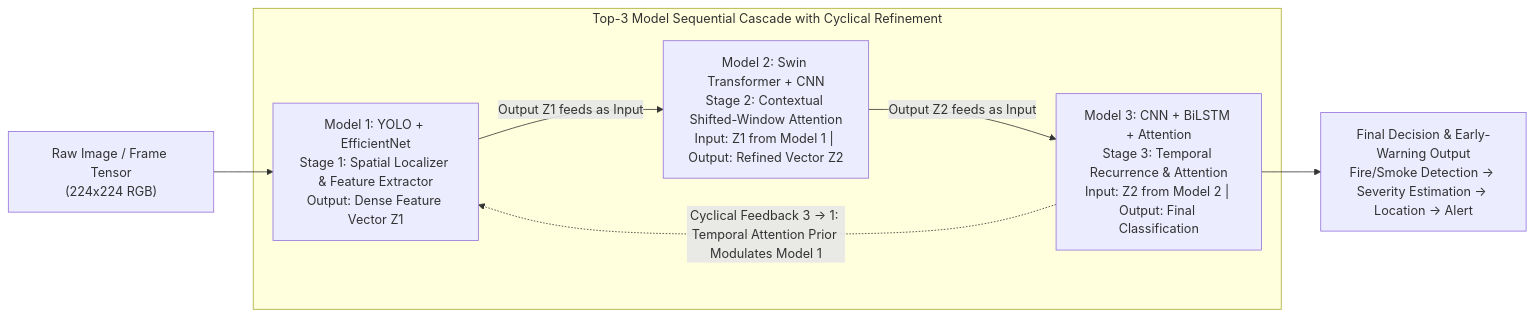
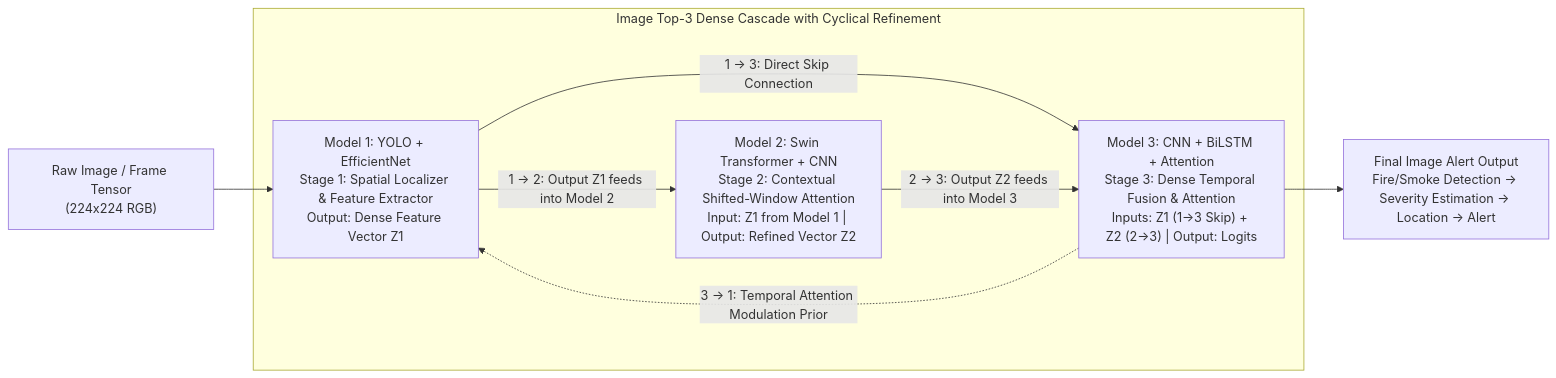
One commit to ssreeakash-cpu/AI-Hackathon changed the second of 4 diagrams in README.md. Above: the diagram before and after it, drawn with Mermaid. The commit also changed other lines of this file and 5 other files, not shown here.

Commit message:
Implement 5-model evaluation and dense Top-3 cascade (1->2, 1->3, 2->3, 1->2->3) for both Image and CSV with rigorous zero-leakage splits

````diff
--- a/README.md
+++ b/README.md
@@ -96,16 +98,17 @@
 ```mermaid
 graph LR
     IMG["Raw Image / Frame Tensor<br/>(224x224 RGB)"] --> M1
 
-    subgraph CASCADE["Top-3 Model Sequential Cascade with Cyclical Refinement"]
+    subgraph CASCADE["Image Top-3 Dense Cascade with Cyclical Refinement"]
         M1["Model 1: YOLO + EfficientNet<br/>Stage 1: Spatial Localizer & Feature Extractor<br/>Output: Dense Feature Vector Z1"]
         M2["Model 2: Swin Transformer + CNN<br/>Stage 2: Contextual Shifted-Window Attention<br/>Input: Z1 from Model 1 | Output: Refined Vector Z2"]
-        M3["Model 3: CNN + BiLSTM + Attention<br/>Stage 3: Temporal Recurrence & Attention<br/>Input: Z2 from Model 2 | Output: Final Classification"]
+        M3["Model 3: CNN + BiLSTM + Attention<br/>Stage 3: Dense Temporal Fusion & Attention<br/>Inputs: Z1 (1->3 Skip) + Z2 (2->3) | Output: Logits"]
 
-        M1 -->|Output Z1 feeds as Input| M2
-        M2 -->|Output Z2 feeds as Input| M3
-        M3 -.->|Cyclical Feedback 3 -> 1: Temporal Attention Prior Modulates Model 1| M1
+        M1 -->|1 -> 2: Output Z1 feeds into Model 2| M2
+        M1 -->|1 -> 3: Direct Skip Connection| M3
+        M2 -->|2 -> 3: Output Z2 feeds into Model 3| M3
+        M3 -.->|3 -> 1: Temporal Attention Modulation Prior| M1
     end
 
-    M3 --> RES["Final Decision & Early-Warning Output<br/>Fire/Smoke Detection -> Severity Estimation -> Location -> Alert"]
+    M3 --> RES["Final Image Alert Output<br/>Fire/Smoke Detection -> Severity Estimation -> Location -> Alert"]
 ```
````
